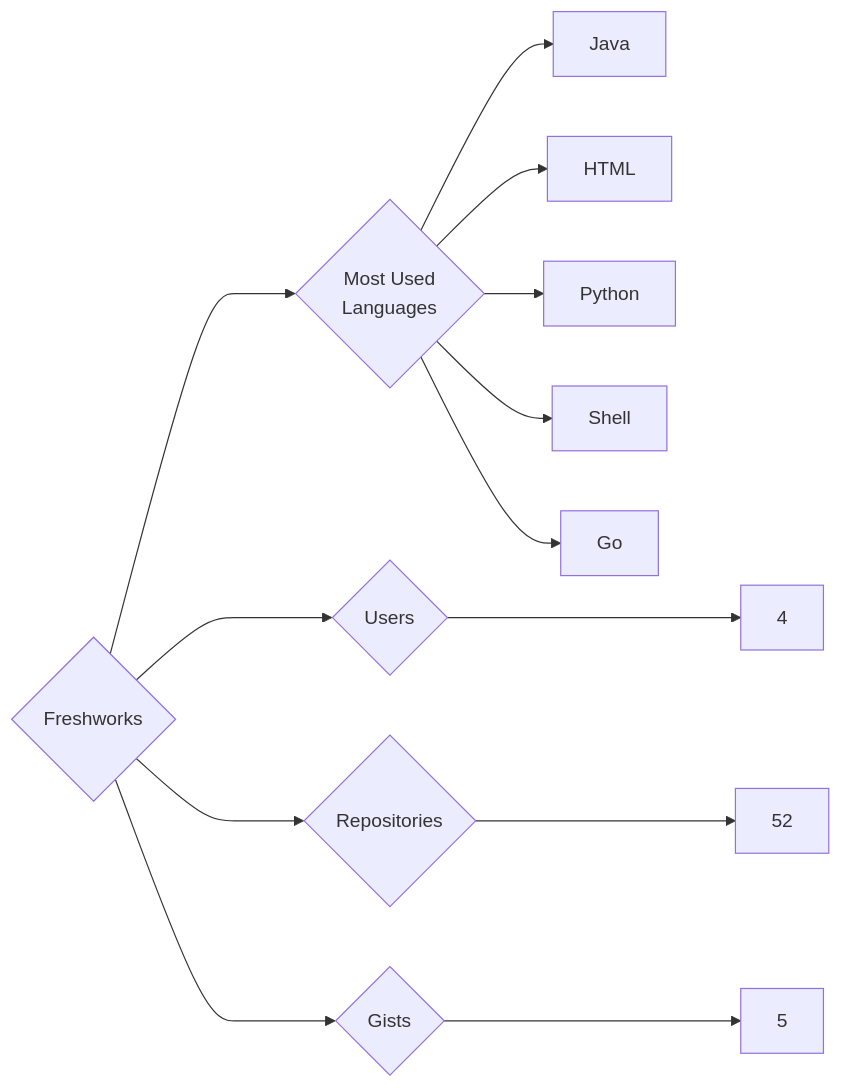
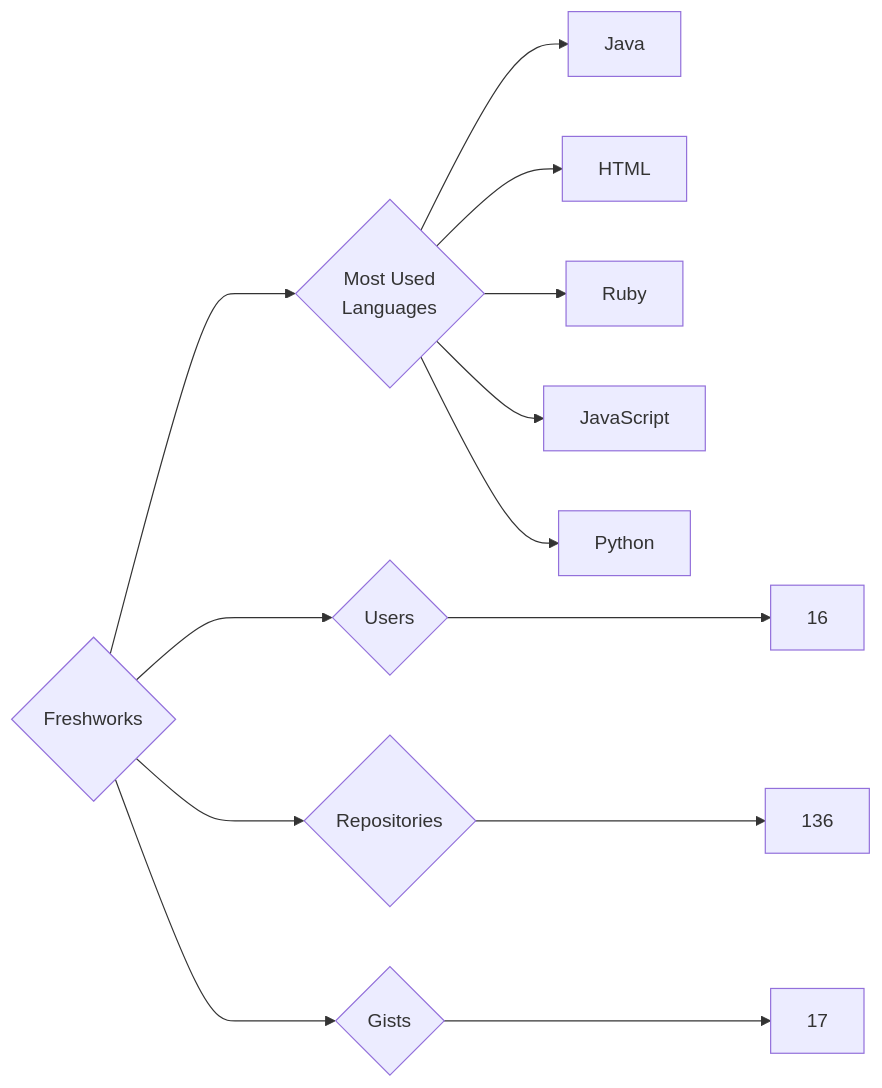
One commit to trickest/insiders changed the diagram in targets/Freshworks/README.md. Above: the diagram before and after it, drawn with Mermaid. The commit also changed 951 other files, not shown here.

````diff
--- a/targets/Freshworks/README.md
+++ b/targets/Freshworks/README.md
@@ -3,13 +3,13 @@
 ```mermaid
 graph LR
 COMPANY_NAME{Freshworks}
-COMPANY_NAME ---> U{Users} ---> UN[4]
-COMPANY_NAME ---> R{Repositories} ---> RN[52]
-COMPANY_NAME ---> G{Gists} ---> GN[5]
+COMPANY_NAME ---> U{Users} ---> UN[16]
+COMPANY_NAME ---> R{Repositories} ---> RN[136]
+COMPANY_NAME ---> G{Gists} ---> GN[17]
 COMPANY_NAME ---> ML{Most Used<br>Languages}
-ML --> Java
-ML --> HTML
-ML --> Python
-ML --> Shell
-ML --> Go
+ML --> Java[Java]
+ML --> HTML[HTML]
+ML --> Ruby[Ruby]
+ML --> JavaScript[JavaScript]
+ML --> Python[Python]
 ```
````
